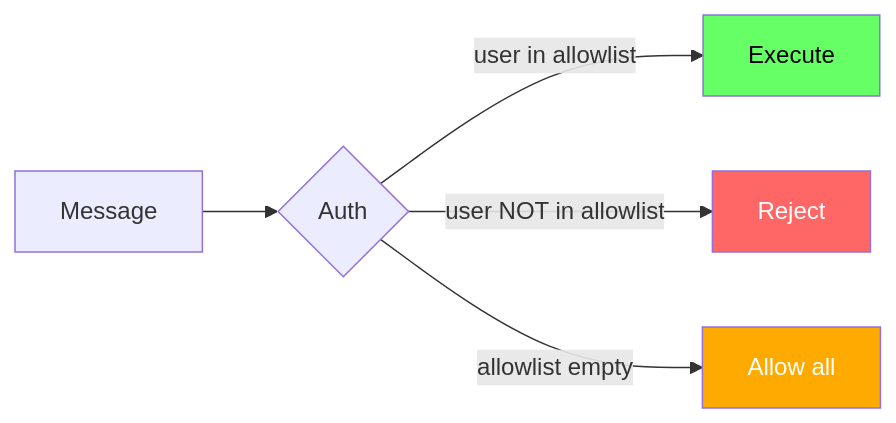
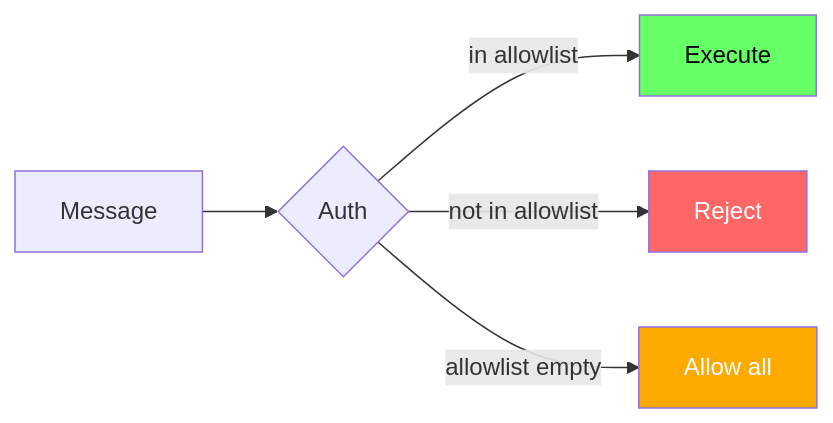
Before and after one commit to geekychris/telegram_runner: diagram 11 of 11 in README.md, drawn with Mermaid. The commit also changed other lines of this file, not shown here.

First line of the commit message:
Fix all Mermaid diagrams for GitHub rendering

````diff
--- a/README.md
+++ b/README.md
@@ -928,11 +925,11 @@
 ```mermaid
 flowchart LR
-    MSG[Message] --> CHECK{Auth}
-    CHECK -->|user in allowlist| OK[Execute]
-    CHECK -->|user NOT in allowlist| DENY[Reject]
-    CHECK -->|allowlist empty| WARN[Allow all]
+    MSG["Message"] --> CHECK{"Auth"}
+    CHECK -->|"in allowlist"| OK["Execute"]
+    CHECK -->|"not in allowlist"| DENY["Reject"]
+    CHECK -->|"allowlist empty"| WARN["Allow all"]
 
     style DENY fill:#f66,color:#fff
     style WARN fill:#fa0,color:#fff
     style OK fill:#6f6,color:#000
 ```
````
